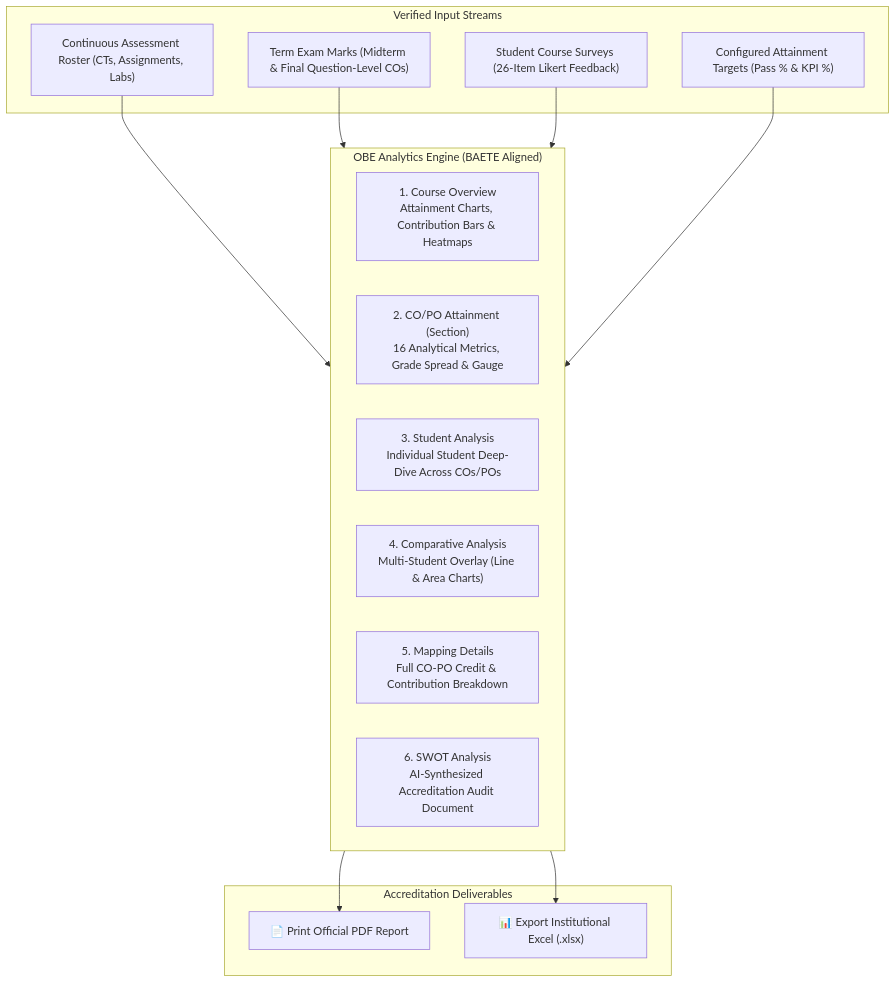
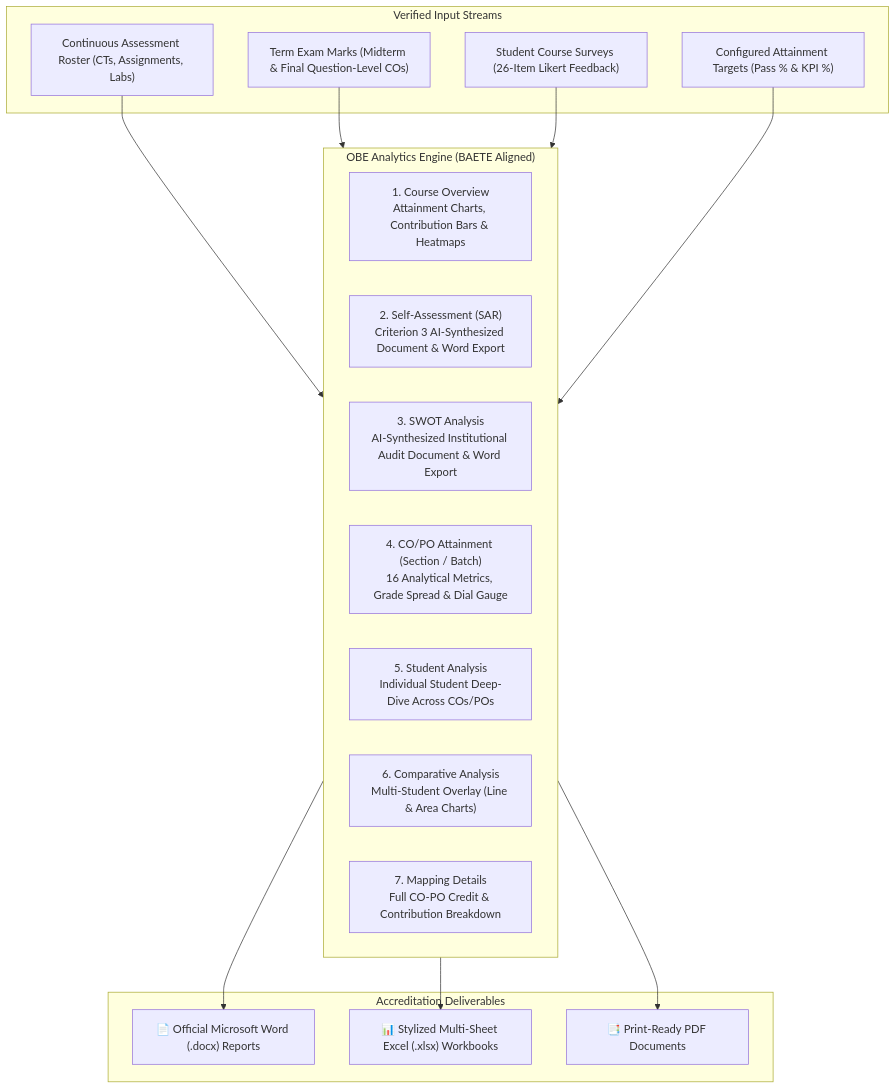
One commit to sarkarjoy86/Student-Outcome-Analyzer changed the fourth of 7 diagrams in README.md. Above: the diagram before and after it, drawn with Mermaid. The commit also changed other lines of this file, not shown here.

````diff
--- a/README.md
+++ b/README.md
@@ -331,30 +427,33 @@
 ```mermaid
 flowchart TD
     subgraph DataInputs ["Verified Input Streams"]
         ContinuousMarks["Continuous Assessment Roster (CTs, Assignments, Labs)"]
         ExamMarks["Term Exam Marks (Midterm & Final Question-Level COs)"]
         SurveyScores["Student Course Surveys (26-Item Likert Feedback)"]
         TargetKPIs["Configured Attainment Targets (Pass % & KPI %)"]
     end
 
     subgraph CoreEngine ["OBE Analytics Engine (BAETE Aligned)"]
         CourseOverviewTab["1. Course Overview\nAttainment Charts, Contribution Bars & Heatmaps"]
-        SectionAnalysisTab["2. CO/PO Attainment (Section)\n16 Analytical Metrics, Grade Spread & Gauge"]
-        StudentAnalysisTab["3. Student Analysis\nIndividual Student Deep-Dive Across COs/POs"]
-        ComparativeTab["4. Comparative Analysis\nMulti-Student Overlay (Line & Area Charts)"]
-        MappingTab["5. Mapping Details\nFull CO-PO Credit & Contribution Breakdown"]
-        SWOTTab["6. SWOT Analysis\nAI-Synthesized Accreditation Audit Document"]
+        SARSubTab["2. Self-Assessment (SAR)\nCriterion 3 AI-Synthesized Document & Word Export"]
+        SWOTSubTab["3. SWOT Analysis\nAI-Synthesized Institutional Audit Document & Word Export"]
+        SectionAnalysisTab["4. CO/PO Attainment (Section / Batch)\n16 Analytical Metrics, Grade Spread & Dial Gauge"]
+        StudentAnalysisTab["5. Student Analysis\nIndividual Student Deep-Dive Across COs/POs"]
+        ComparativeTab["6. Comparative Analysis\nMulti-Student Overlay (Line & Area Charts)"]
+        MappingTab["7. Mapping Details\nFull CO-PO Credit & Contribution Breakdown"]
     end
 
     subgraph ExportSuite ["Accreditation Deliverables"]
-        PDFExport["📄 Print Official PDF Report"]
-        ExcelExport["📊 Export Institutional Excel (.xlsx)"]
+        WordExport["📄 Official Microsoft Word (.docx) Reports"]
+        ExcelExport["📊 Stylized Multi-Sheet Excel (.xlsx) Workbooks"]
+        PDFExport["📑 Print-Ready PDF Documents"]
     end
 
     ContinuousMarks --> CoreEngine
     ExamMarks --> CoreEngine
     SurveyScores --> CoreEngine
     TargetKPIs --> CoreEngine
+    CoreEngine --> WordExport
+    CoreEngine --> ExcelExport
     CoreEngine --> PDFExport
-    CoreEngine --> ExcelExport
 ```
````
